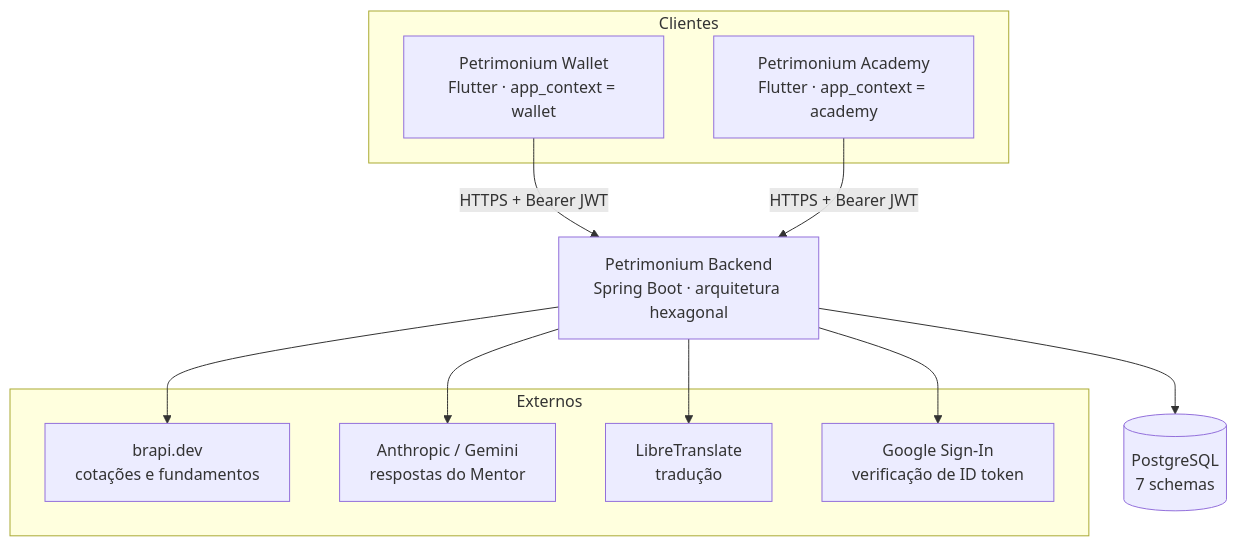
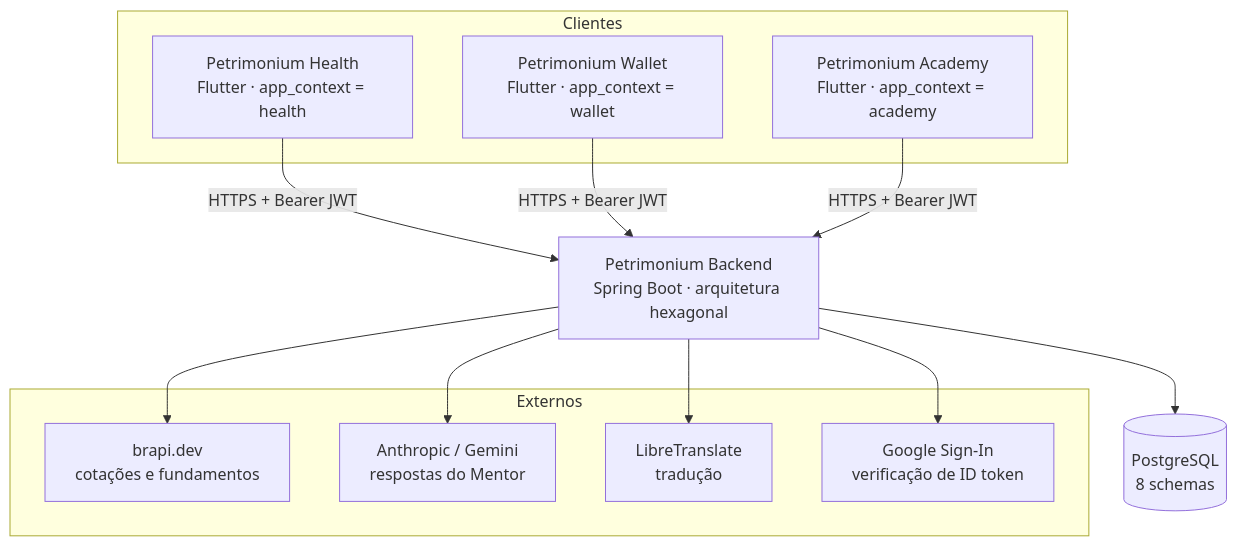
One commit to AfonsoFernando051/Petrimonium-Backend changed the first of 3 diagrams in docs/ARCHITECTURE/00-visao-geral.md. Above: the diagram before and after it, drawn with Mermaid. The commit also changed other lines of this file and 4 other files, not shown here.

````diff
--- a/docs/ARCHITECTURE/00-visao-geral.md
+++ b/docs/ARCHITECTURE/00-visao-geral.md
@@ -25,26 +33,28 @@
 ```mermaid
 graph TB
     subgraph Clientes
+        H["Petrimonium Health<br/>Flutter · app_context = health"]
         W["Petrimonium Wallet<br/>Flutter · app_context = wallet"]
         A["Petrimonium Academy<br/>Flutter · app_context = academy"]
     end
 
     B["Petrimonium Backend<br/>Spring Boot · arquitetura hexagonal"]
 
     subgraph Externos
         BR["brapi.dev<br/>cotações e fundamentos"]
         AN["Anthropic / Gemini<br/>respostas do Mentor"]
         LT["LibreTranslate<br/>tradução"]
         GO["Google Sign-In<br/>verificação de ID token"]
     end
 
-    DB[("PostgreSQL<br/>7 schemas")]
+    DB[("PostgreSQL<br/>8 schemas")]
 
+    H -->|HTTPS + Bearer JWT| B
     W -->|HTTPS + Bearer JWT| B
     A -->|HTTPS + Bearer JWT| B
     B --> DB
     B --> BR
     B --> AN
     B --> LT
     B --> GO
 ```
````
